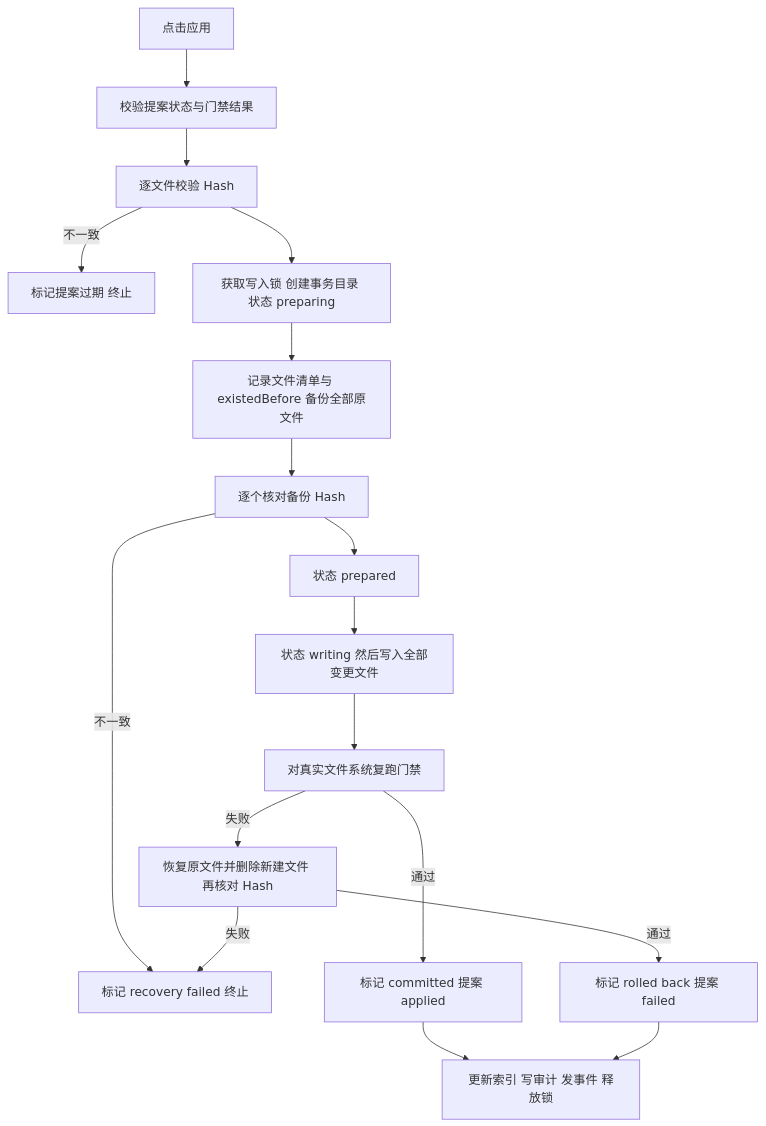
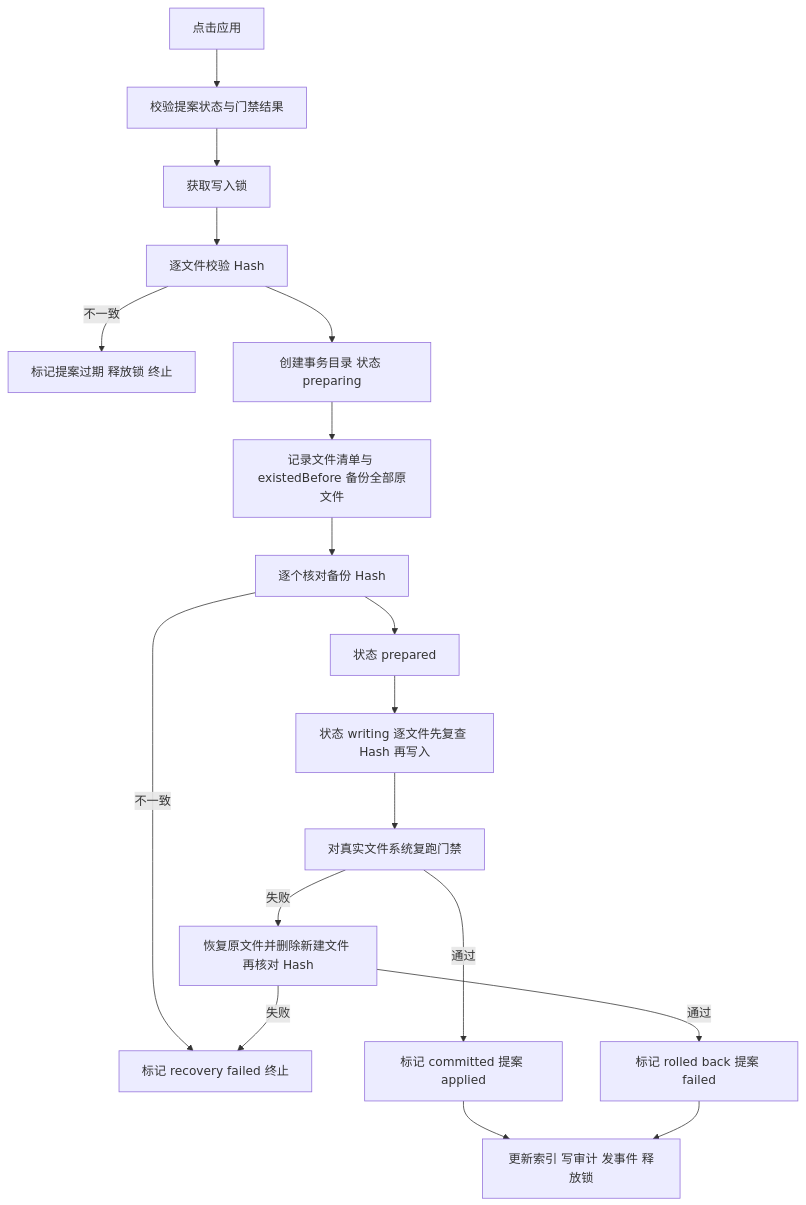
Before and after one commit to mickorz/MahjongRuleKB: the third of 3 diagrams in dev-docs/design/2026-11-24-RuleStudio需求文档.md, drawn with Mermaid. The commit also changed other lines of this file and 3 other files, not shown here.

````diff
--- a/dev-docs/design/2026-11-24-RuleStudio需求文档.md
+++ b/dev-docs/design/2026-11-24-RuleStudio需求文档.md
@@ -363,19 +365,20 @@
 ```mermaid
 flowchart TD
     A[点击应用] --> B[校验提案状态与门禁结果]
-    B --> C[逐文件校验 Hash]
-    C -->|不一致| STALE[标记提案过期 终止]
-    C --> D[获取写入锁 创建事务目录 状态 preparing]
+    B --> L[获取写入锁]
+    L --> C[逐文件校验 Hash]
+    C -->|不一致| ST[标记提案过期 释放锁 终止]
+    C --> D[创建事务目录 状态 preparing]
     D --> E[记录文件清单与 existedBefore 备份全部原文件]
     E --> F[逐个核对备份 Hash]
     F -->|不一致| RF[标记 recovery failed 终止]
     F --> G[状态 prepared]
-    G --> H[状态 writing 然后写入全部变更文件]
+    G --> H[状态 writing 逐文件先复查 Hash 再写入]
     H --> I[对真实文件系统复跑门禁]
     I -->|失败| RB[恢复原文件并删除新建文件 再核对 Hash]
     RB -->|通过| RBT[标记 rolled back 提案 failed]
     RB -->|失败| RF
     I -->|通过| CM[标记 committed 提案 applied]
     CM --> J[更新索引 写审计 发事件 释放锁]
     RBT --> J
 ```
````
